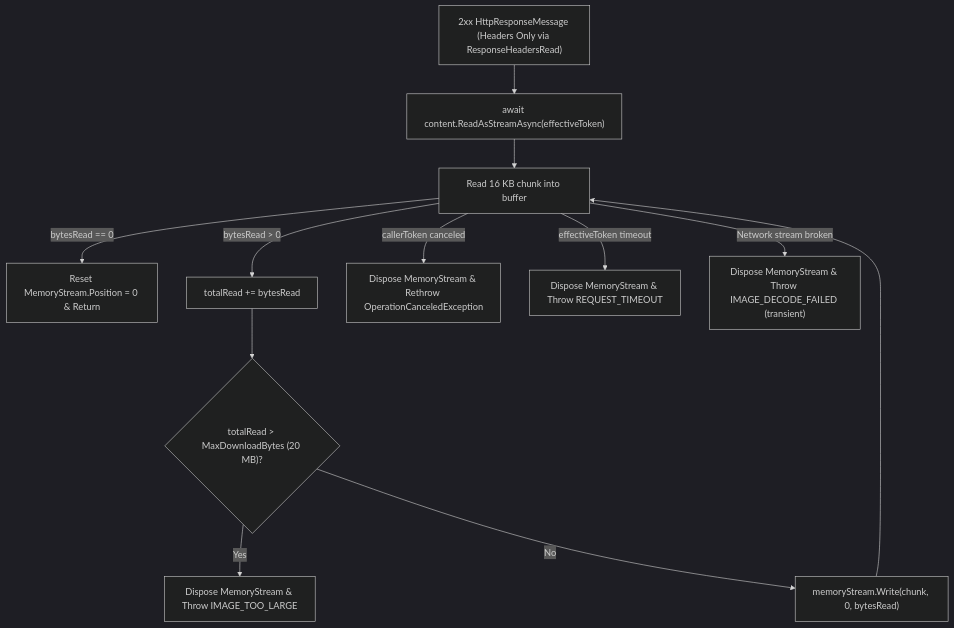
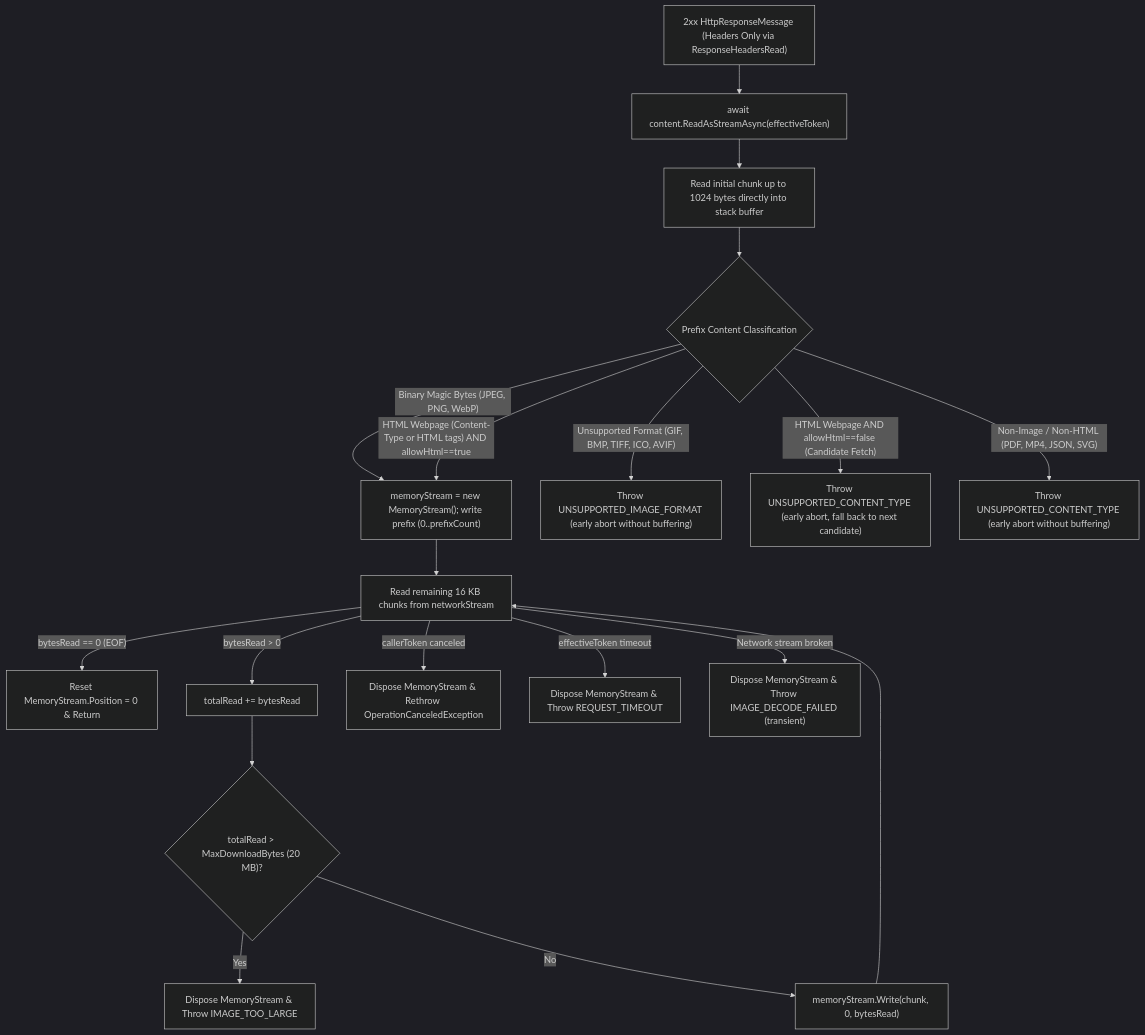
The eighth of 20 diagrams in docs/project-learning/01-complete-architecture-and-learning-guide.md (Suhas2609/URL-to-Image), drawn with Mermaid (dark theme) before and after one commit. The commit also changed other lines of this file and 13 other files, not shown here.

Commit message:
Optimize HTTP response classification with header-first 1 KB prefix sniffing and sync project learning docs

````diff
--- a/docs/project-learning/01-complete-architecture-and-learning-guide.md
+++ b/docs/project-learning/01-complete-architecture-and-learning-guide.md
@@ -400,13 +412,23 @@
 ```mermaid
 flowchart TD
     Resp["2xx HttpResponseMessage (Headers Only via ResponseHeadersRead)"] --> Open["await content.ReadAsStreamAsync(effectiveToken)"]
-    Open --> Loop["Read 16 KB chunk into buffer"]
-    Loop -->|"bytesRead == 0"| Finish["Reset MemoryStream.Position = 0 & Return"]
-    Loop -->|"bytesRead > 0"| Add["totalRead += bytesRead"]
+    Open --> PrefixLoop["Read initial chunk up to 1024 bytes directly into stack buffer"]
+    PrefixLoop --> PrefixCheck{"Prefix Content Classification"}
+
+    PrefixCheck -->|"Binary Magic Bytes (JPEG, PNG, WebP)"| KeepPrefix["memoryStream = new MemoryStream(); write prefix (0..prefixCount)"]
+    PrefixCheck -->|"Unsupported Format (GIF, BMP, TIFF, ICO, AVIF)"| ErrFormat["Throw UNSUPPORTED_IMAGE_FORMAT (early abort without buffering)"]
+    PrefixCheck -->|"HTML Webpage (Content-Type or HTML tags) AND allowHtml==true"| KeepPrefix
+    PrefixCheck -->|"HTML Webpage AND allowHtml==false (Candidate Fetch)"| ErrHtmlCandidate["Throw UNSUPPORTED_CONTENT_TYPE (early abort, fall back to next candidate)"]
+    PrefixCheck -->|"Non-Image / Non-HTML (PDF, MP4, JSON, SVG)"| ErrType["Throw UNSUPPORTED_CONTENT_TYPE (early abort without buffering)"]
+
+    KeepPrefix --> BodyLoop["Read remaining 16 KB chunks from networkStream"]
+    BodyLoop -->|"bytesRead == 0 (EOF)"| Finish["Reset MemoryStream.Position = 0 & Return"]
+    BodyLoop -->|"bytesRead > 0"| Add["totalRead += bytesRead"]
     Add --> CheckCap{"totalRead > MaxDownloadBytes (20 MB)?"}
     CheckCap -->|"Yes"| Abort["Dispose MemoryStream & Throw IMAGE_TOO_LARGE"]
-    CheckCap -->|"No"| Write["memoryStream.Write(chunk, 0, bytesRead)"] --> Loop
-    Loop -->|"callerToken canceled"| AbortCancel["Dispose MemoryStream & Rethrow OperationCanceledException"]
-    Loop -->|"effectiveToken timeout"| AbortTimeout["Dispose MemoryStream & Throw REQUEST_TIMEOUT"]
-    Loop -->|"Network stream broken"| AbortCut["Dispose MemoryStream & Throw IMAGE_DECODE_FAILED (transient)"]
+    CheckCap -->|"No"| Write["memoryStream.Write(chunk, 0, bytesRead)"] --> BodyLoop
+
+    BodyLoop -->|"callerToken canceled"| AbortCancel["Dispose MemoryStream & Rethrow OperationCanceledException"]
+    BodyLoop -->|"effectiveToken timeout"| AbortTimeout["Dispose MemoryStream & Throw REQUEST_TIMEOUT"]
+    BodyLoop -->|"Network stream broken"| AbortCut["Dispose MemoryStream & Throw IMAGE_DECODE_FAILED (transient)"]
 ```
````
